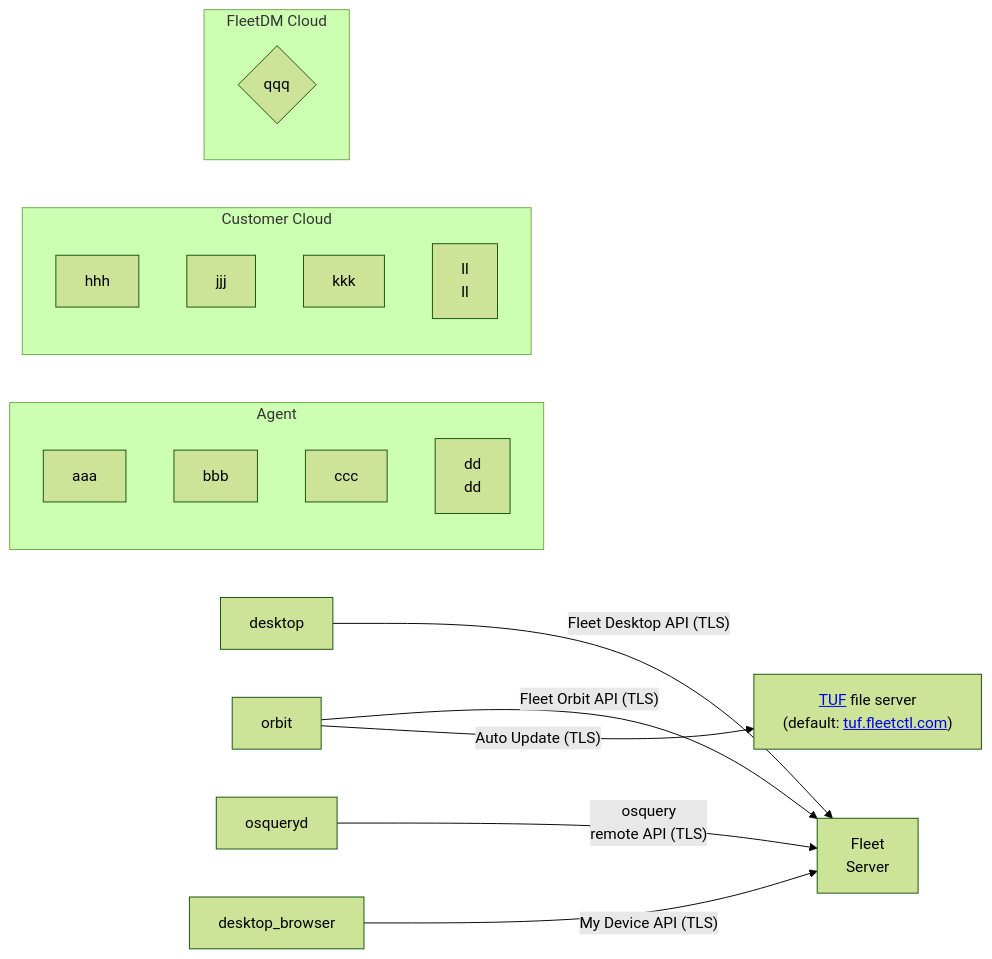
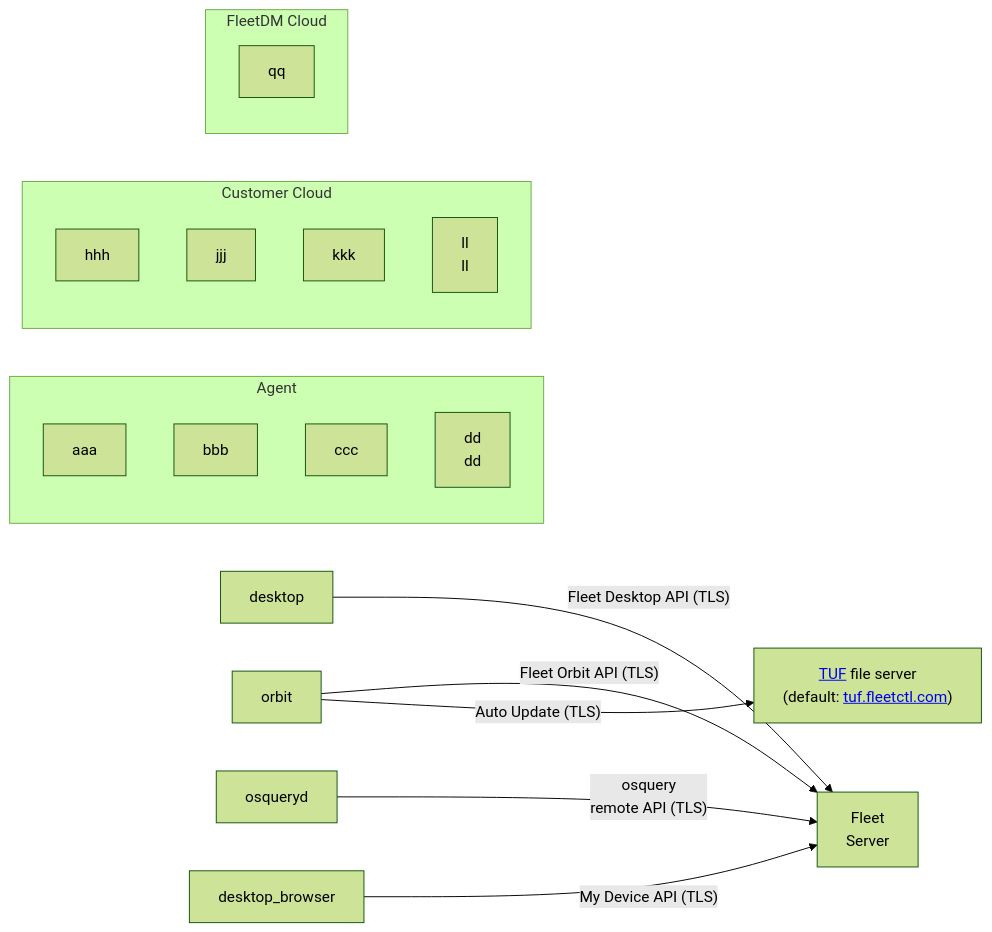
One commit to fleetdm/fleet changed the second of 2 diagrams in docs/Contributing/high-level-architecture.md. Above: the diagram before and after it, drawn with Mermaid (forest theme). The commit also changed other lines of this file, not shown here.

````diff
--- a/docs/Contributing/high-level-architecture.md
+++ b/docs/Contributing/high-level-architecture.md
@@ -12,30 +34,30 @@
 ```mermaid
 graph LR;
     tuf["<a href=https://theupdateframework.io/>TUF</a> file server<br>(default: <a href=https://tuf.fleetctl.com>tuf.fleetctl.com</a>)"];
     fleet_server[Fleet<br>Server];
 
     subgraph Agent
         aaa[aaa];
         bbb[bbb];
         ccc[ccc];
         ddd[dd<br> dd];
     end
 
     subgraph Customer Cloud
         hhh[hhh];
         jjj[jjj];
         kkk[kkk];
         lll[ll<br> ll];
     end
 
     subgraph FleetDM Cloud
-        qqq{qqq};
+        qqq[qq];
     end
 
     orbit -- "Fleet Orbit API (TLS)" --> fleet_server;
     desktop -- "Fleet Desktop API (TLS)" --> fleet_server;
     osqueryd -- "osquery<br>remote API (TLS)" --> fleet_server;
     desktop_browser -- "My Device API (TLS)" --> fleet_server;
 
     orbit -- "Auto Update (TLS)" --> tuf;
 ```
````
